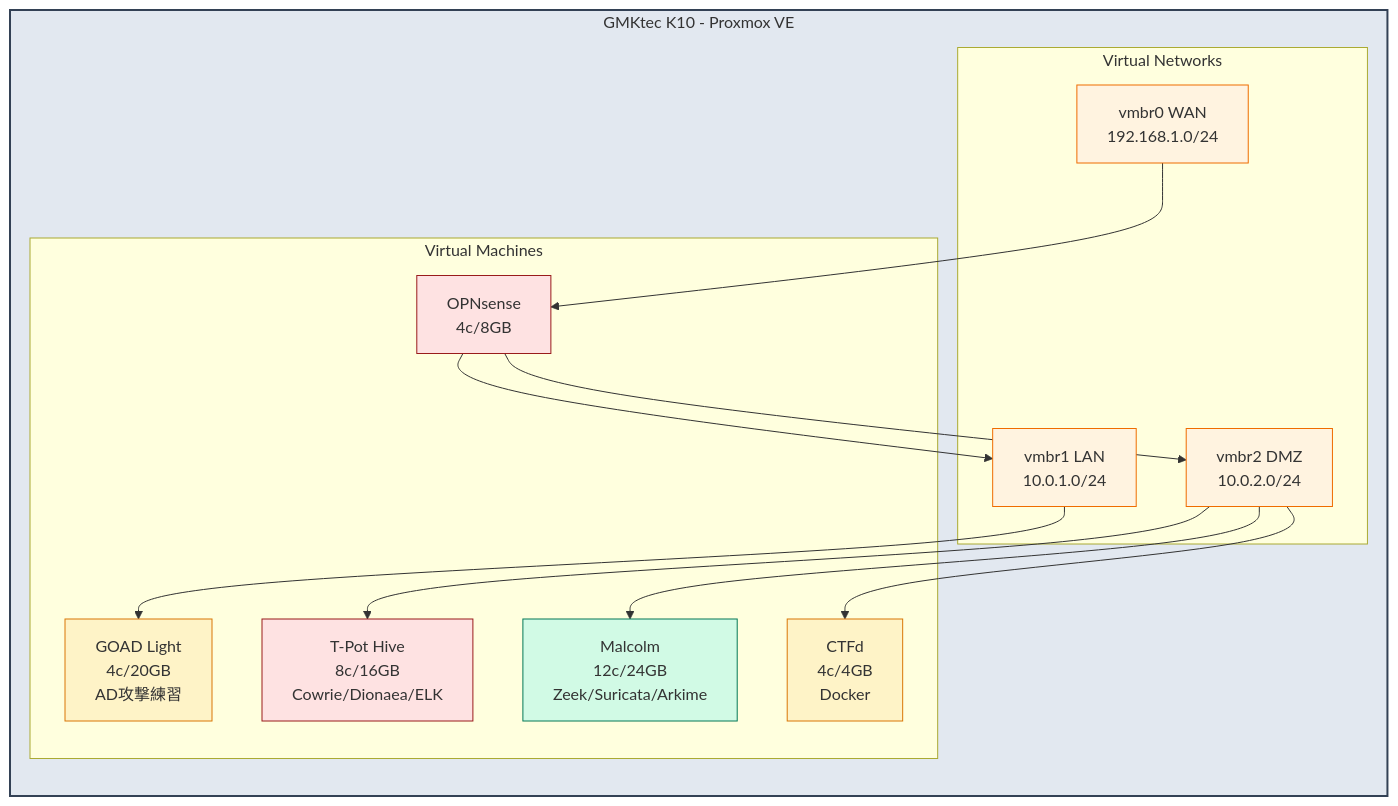
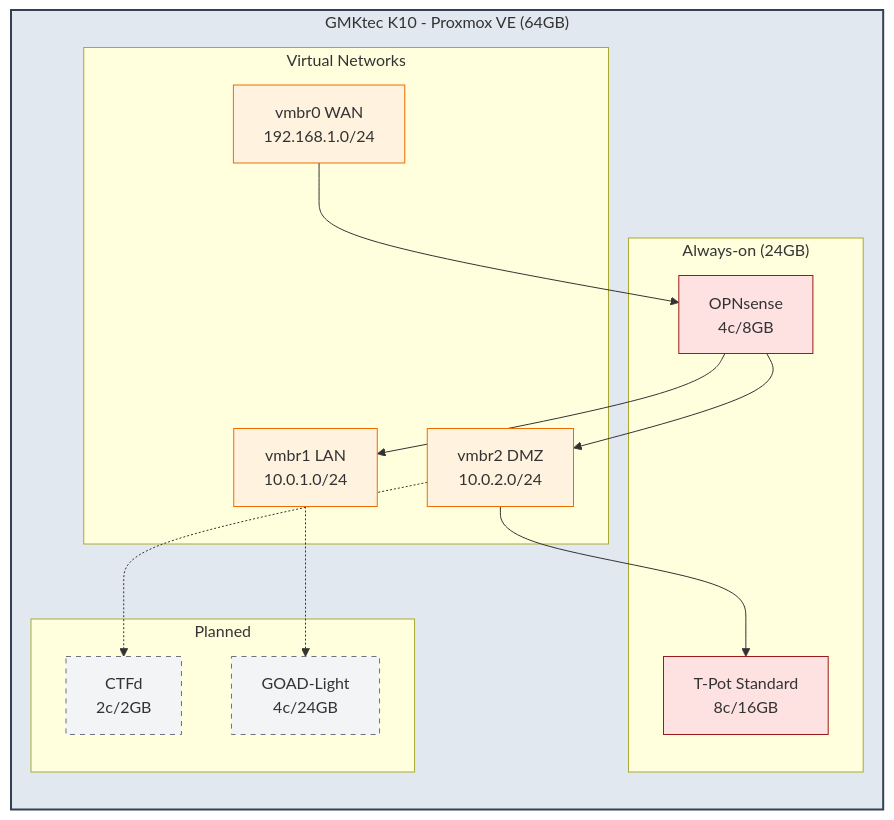
Before and after one commit to yamisskey-dev/yamisskey-terraform: the diagram in README.md, drawn with Mermaid. The commit also changed other lines of this file and 4 other files, not shown here.

````diff
--- a/README.md
+++ b/README.md
@@ -25,33 +36,36 @@
 ```mermaid
 graph TB
     classDef host fill:#e2e8f0,stroke:#334155,stroke-width:2px
     classDef net fill:#fff3e0,stroke:#ef6c00
     classDef sec fill:#fee2e2,stroke:#991b1b
-    classDef mon fill:#d1fae5,stroke:#047857
     classDef ctf fill:#fef3c7,stroke:#d97706
+    classDef planned fill:#f3f4f6,stroke:#6b7280,stroke-dasharray: 5 5
 
-    subgraph proxmox[GMKtec K10 - Proxmox VE]
+    subgraph proxmox["GMKtec K10 - Proxmox VE (64GB)"]
         direction TB
 
         subgraph networks[Virtual Networks]
             vmbr0[vmbr0 WAN<br/>192.168.1.0/24]:::net
             vmbr1[vmbr1 LAN<br/>10.0.1.0/24]:::net
             vmbr2[vmbr2 DMZ<br/>10.0.2.0/24]:::net
         end
 
-        subgraph vms[Virtual Machines]
+        subgraph always["Always-on (24GB)"]
             opnsense[OPNsense<br/>4c/8GB]:::sec
-            tpot[T-Pot Hive<br/>8c/16GB<br/>Cowrie/Dionaea/ELK]:::sec
-            malcolm[Malcolm<br/>12c/24GB<br/>Zeek/Suricata/Arkime]:::mon
-            ctfd[CTFd<br/>4c/4GB<br/>Docker]:::ctf
-            goad[GOAD Light<br/>4c/20GB<br/>AD攻撃練習]:::ctf
+            tpot[T-Pot Standard<br/>8c/16GB]:::sec
+        end
+
+        subgraph planned["Planned"]
+            ctfd[CTFd<br/>2c/2GB]:::planned
+            goad[GOAD-Light<br/>4c/24GB]:::planned
         end
     end
 
     vmbr0 --> opnsense
     opnsense --> vmbr1 & vmbr2
-    vmbr1 --> goad
-    vmbr2 --> tpot & malcolm & ctfd
+    vmbr1 -.-> goad
+    vmbr2 --> tpot
+    vmbr2 -.-> ctfd
 
     class proxmox host
 ```
````
